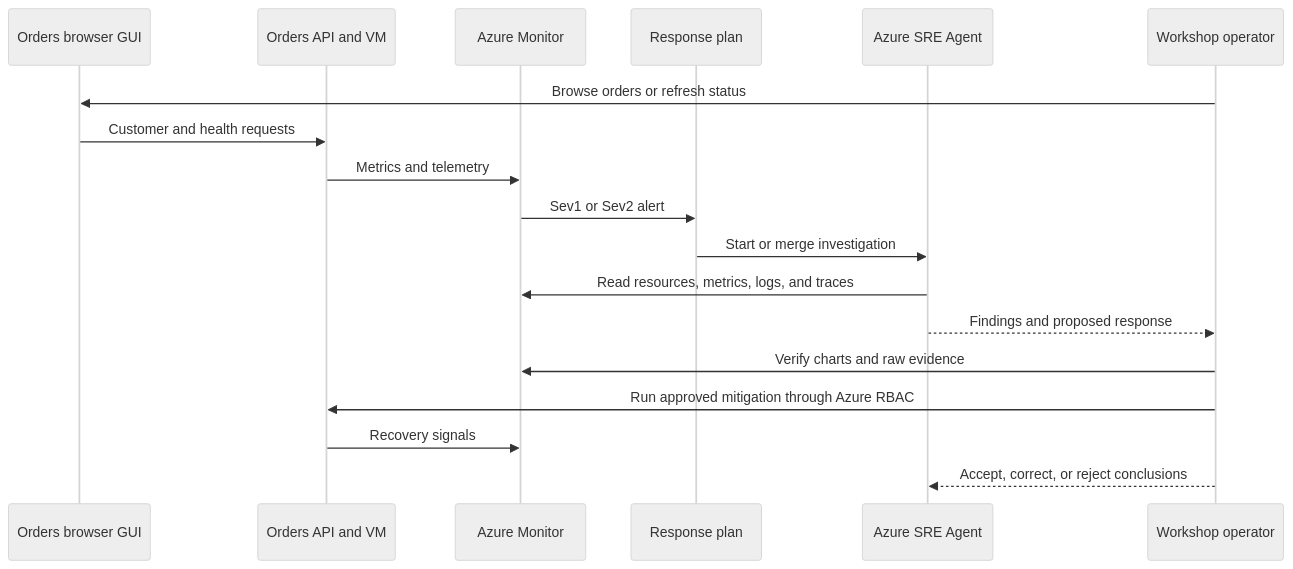
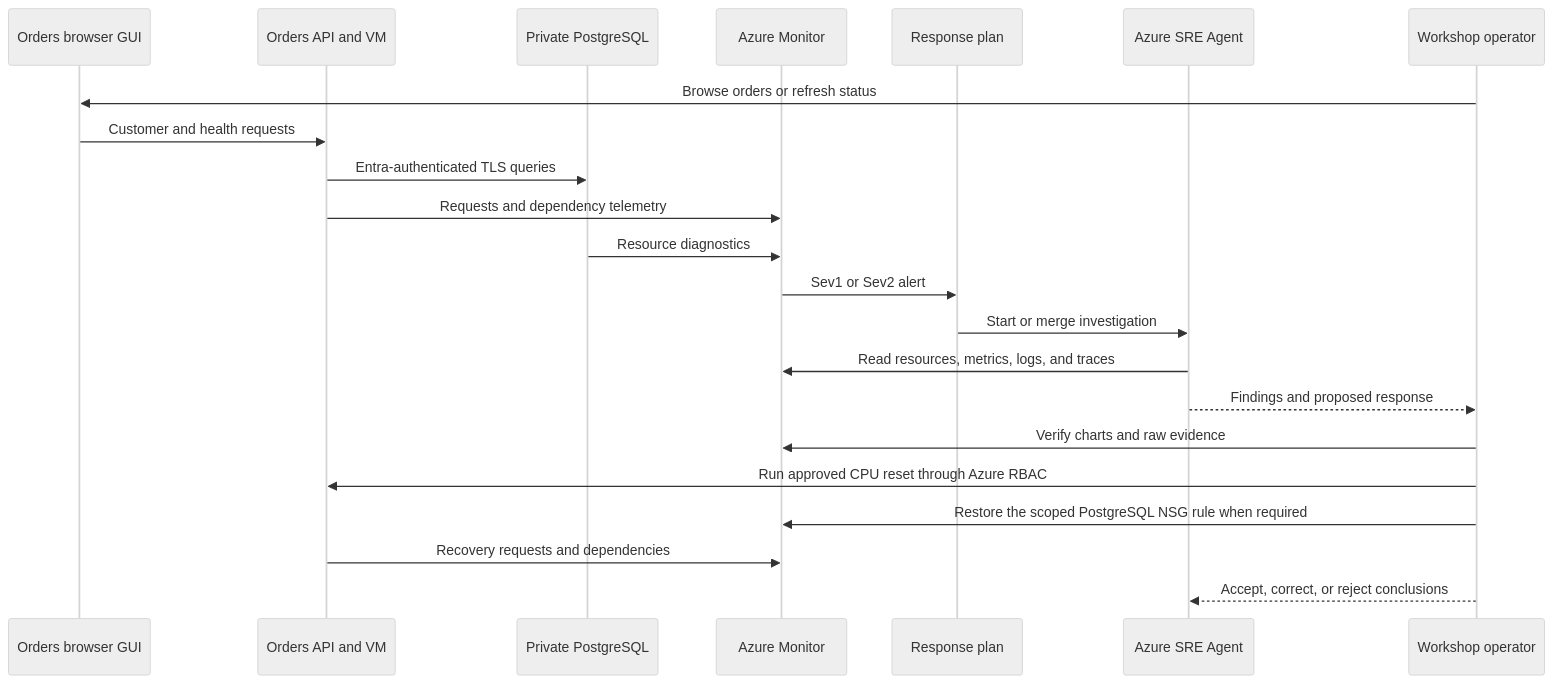
One commit to charliekw411/sre-agent-workshop changed the diagram in docs/sre/02-operate-response-plan/index.md. Above: the diagram before and after it, drawn with Mermaid (neutral theme). The commit also changed other lines of this file and 63 other files, not shown here.

First line of the commit message:
feat: replace SQLite with private PostgreSQL throughout the workshop (#25)

````diff
--- a/docs/sre/02-operate-response-plan/index.md
+++ b/docs/sre/02-operate-response-plan/index.md
@@ -50,21 +50,25 @@
 ```mermaid
 sequenceDiagram
     participant GUI as Orders browser GUI
     participant API as Orders API and VM
+    participant DB as Private PostgreSQL
     participant Monitor as Azure Monitor
     participant Plan as Response plan
     participant Agent as Azure SRE Agent
     participant Human as Workshop operator
 
     Human->>GUI: Browse orders or refresh status
     GUI->>API: Customer and health requests
-    API->>Monitor: Metrics and telemetry
+    API->>DB: Entra-authenticated TLS queries
+    API->>Monitor: Requests and dependency telemetry
+    DB->>Monitor: Resource diagnostics
     Monitor->>Plan: Sev1 or Sev2 alert
     Plan->>Agent: Start or merge investigation
     Agent->>Monitor: Read resources, metrics, logs, and traces
     Agent-->>Human: Findings and proposed response
     Human->>Monitor: Verify charts and raw evidence
-    Human->>API: Run approved mitigation through Azure RBAC
-    API->>Monitor: Recovery signals
+    Human->>API: Run approved CPU reset through Azure RBAC
+    Human->>Monitor: Restore the scoped PostgreSQL NSG rule when required
+    API->>Monitor: Recovery requests and dependencies
     Human-->>Agent: Accept, correct, or reject conclusions
 ```
````
